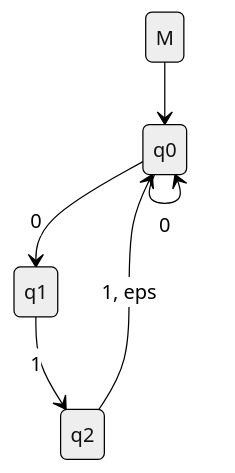
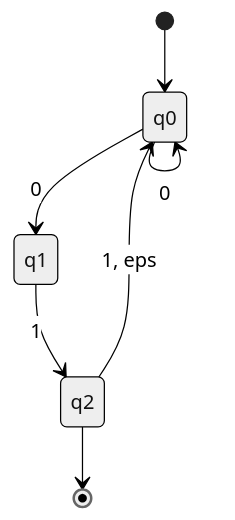
The diagram in content/NFSA Example.md (digitalyoshixi/zettelkasten), drawn with Mermaid (neutral theme) before and after one commit. The commit also changed 3 other files, not shown here.

````diff
--- a/content/NFSA Example.md
+++ b/content/NFSA Example.md
@@ -6,8 +6,9 @@
 ```mermaid
-stateDiagram-v2
-M --> q0
+stateDiagram
+[*] --> q0
 q0 --> q1 : 0
 q0 --> q0 : 0
 q1 --> q2 : 1
 q2 --> q0 : 1, eps
+q2 --> [*]
 ```
````
